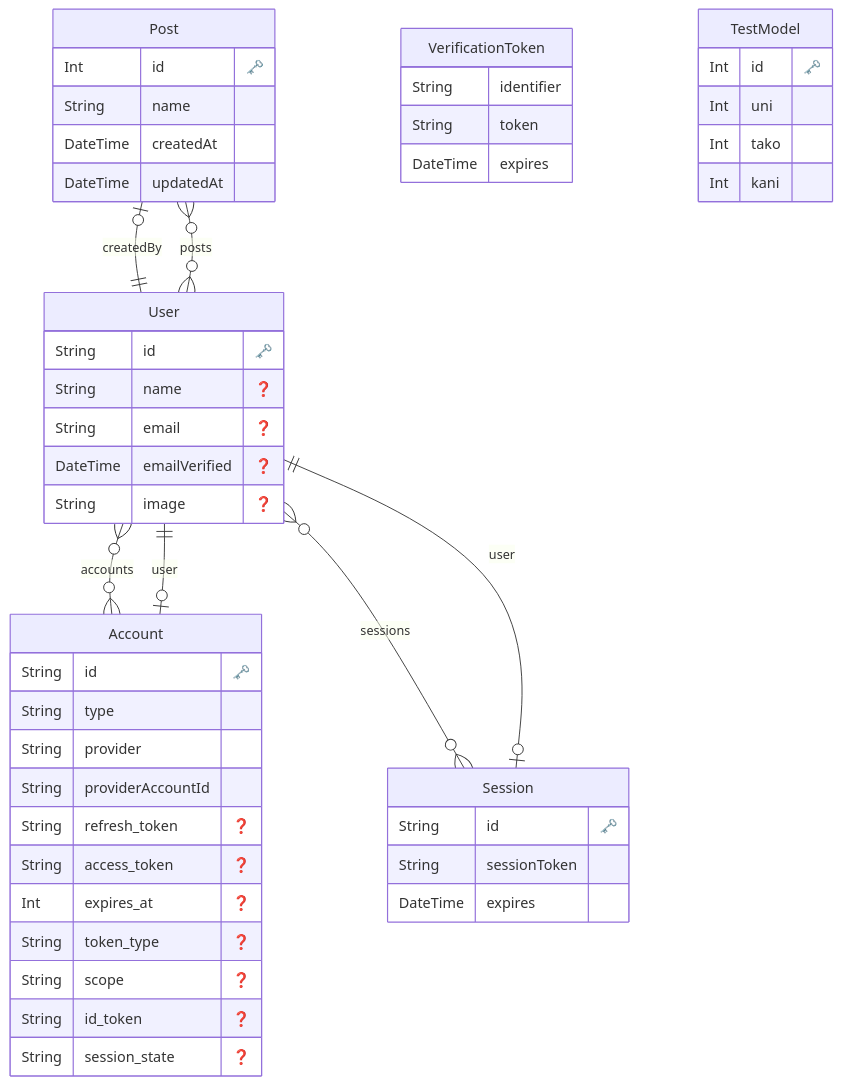
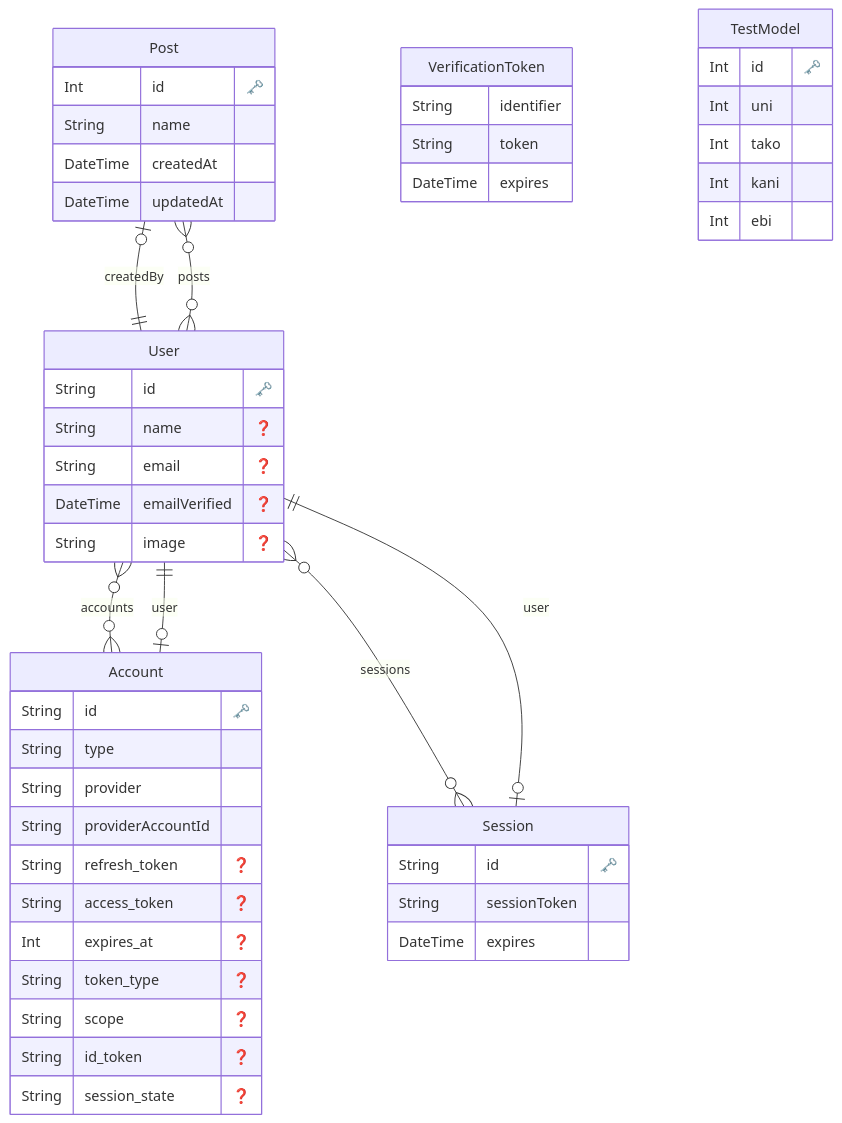
One commit to mhatanorks/enthub changed the diagram in prisma/ERD.md. Above: the diagram before and after it, drawn with Mermaid. The commit also changed 3 other files, not shown here.

Commit message:
check schema ci

````diff
--- a/prisma/ERD.md
+++ b/prisma/ERD.md
@@ -1,63 +1,64 @@
 ```mermaid
 erDiagram
 
   "Post" {
     Int id "🗝️"
     String name 
     DateTime createdAt 
     DateTime updatedAt 
     }
   
 
   "Account" {
     String id "🗝️"
     String type 
     String provider 
     String providerAccountId 
     String refresh_token "❓"
     String access_token "❓"
     Int expires_at "❓"
     String token_type "❓"
     String scope "❓"
     String id_token "❓"
     String session_state "❓"
     }
   
 
   "Session" {
     String id "🗝️"
     String sessionToken 
     DateTime expires 
     }
   
 
   "User" {
     String id "🗝️"
     String name "❓"
     String email "❓"
     DateTime emailVerified "❓"
     String image "❓"
     }
   
 
   "VerificationToken" {
     String identifier 
     String token 
     DateTime expires 
     }
   
 
   "TestModel" {
     Int id "🗝️"
     Int uni 
     Int tako 
     Int kani 
+    Int ebi 
     }
   
     "Post" o|--|| "User" : "createdBy"
     "Account" o|--|| "User" : "user"
     "Session" o|--|| "User" : "user"
     "User" o{--}o "Account" : "accounts"
     "User" o{--}o "Session" : "sessions"
     "User" o{--}o "Post" : "posts"
 ```
````
